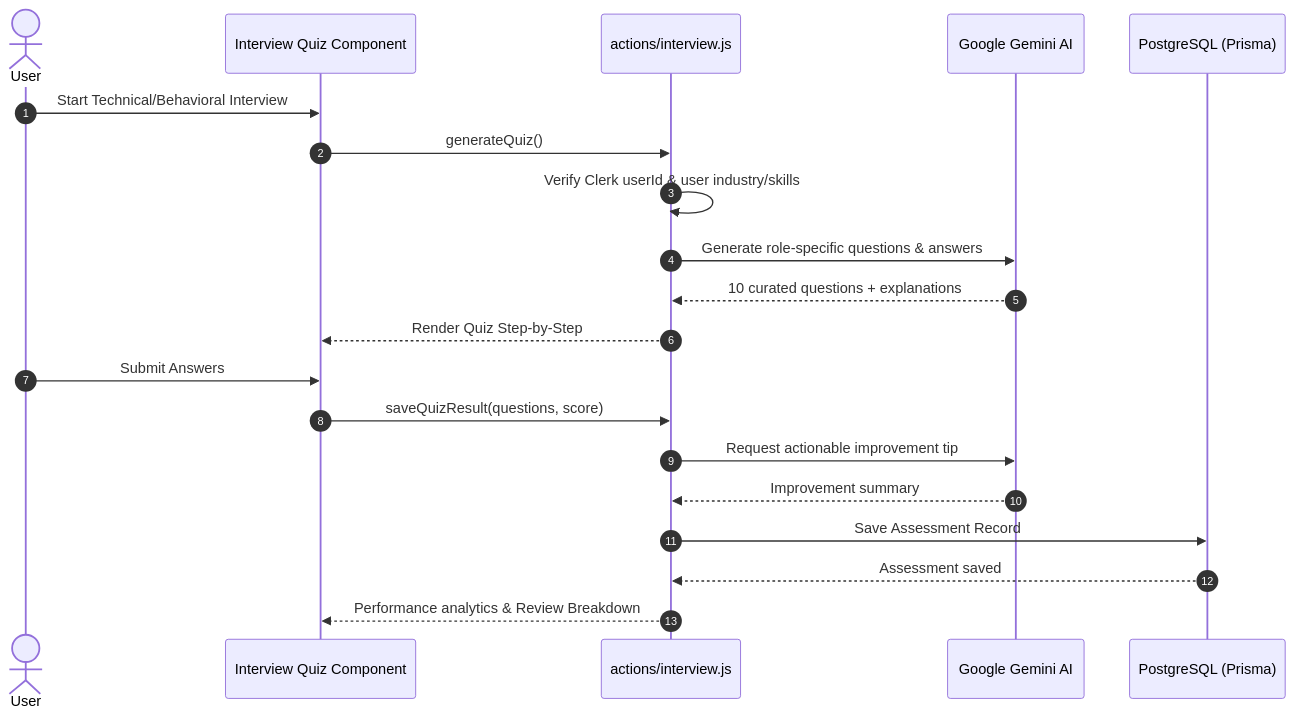
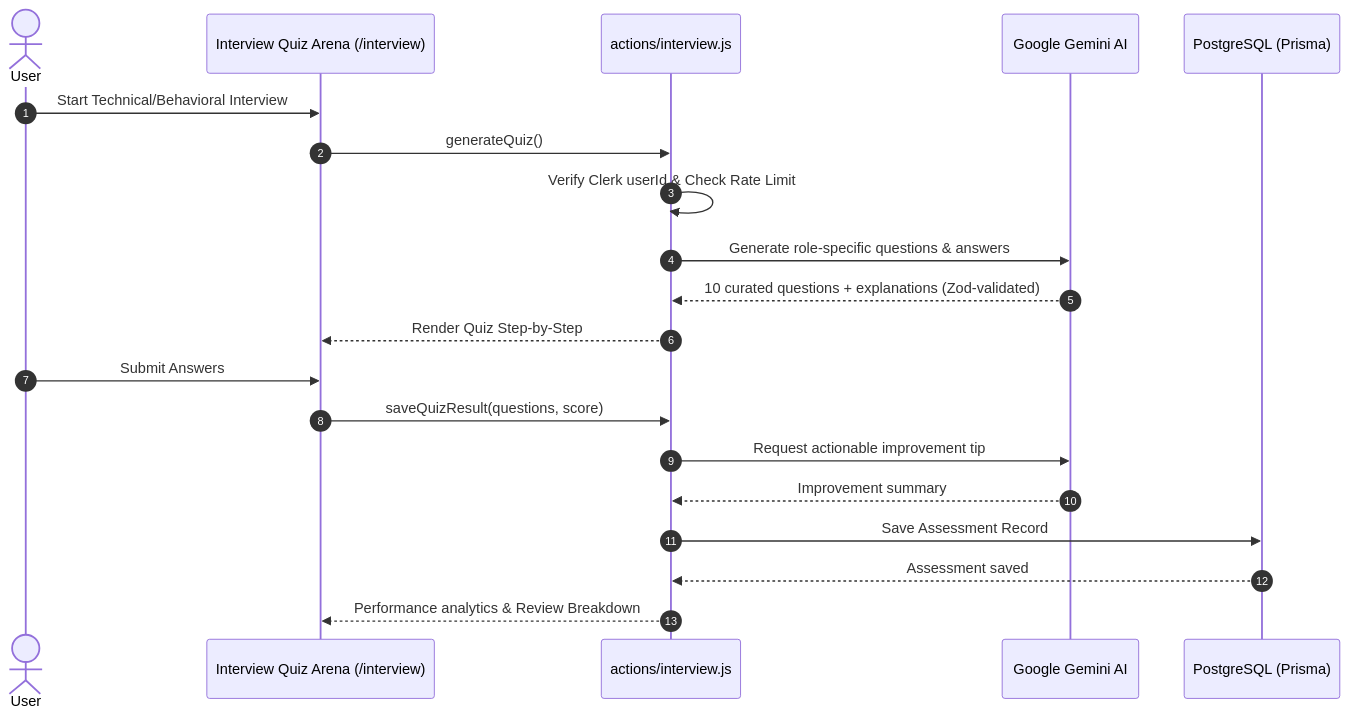
Before and after one commit to Katakam-Krupavathi/SensAI-: the fifth of 6 diagrams in README.md, drawn with Mermaid. The commit also changed other lines of this file, not shown here.

````diff
--- a/README.md
+++ b/README.md
@@ -137,23 +238,23 @@
 ```mermaid
 sequenceDiagram
     autonumber
     actor User
-    participant QuizUI as Interview Quiz Component
+    participant QuizUI as Interview Quiz Arena (/interview)
     participant Action as actions/interview.js
     participant Gemini as Google Gemini AI
     participant DB as PostgreSQL (Prisma)
 
     User->>QuizUI: Start Technical/Behavioral Interview
     QuizUI->>Action: generateQuiz()
-    Action->>Action: Verify Clerk userId & user industry/skills
+    Action->>Action: Verify Clerk userId & Check Rate Limit
     Action->>Gemini: Generate role-specific questions & answers
-    Gemini-->>Action: 10 curated questions + explanations
+    Gemini-->>Action: 10 curated questions + explanations (Zod-validated)
     Action-->>QuizUI: Render Quiz Step-by-Step
     User->>QuizUI: Submit Answers
     QuizUI->>Action: saveQuizResult(questions, score)
     Action->>Gemini: Request actionable improvement tip
     Gemini-->>Action: Improvement summary
     Action->>DB: Save Assessment Record
     DB-->>Action: Assessment saved
     Action-->>QuizUI: Performance analytics & Review Breakdown
 ```
````
